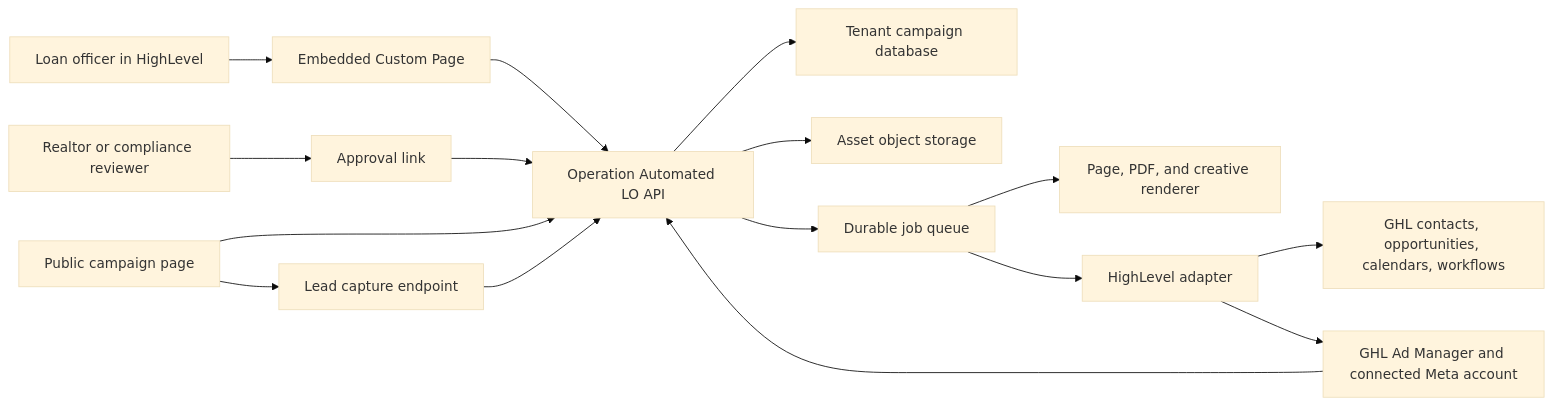
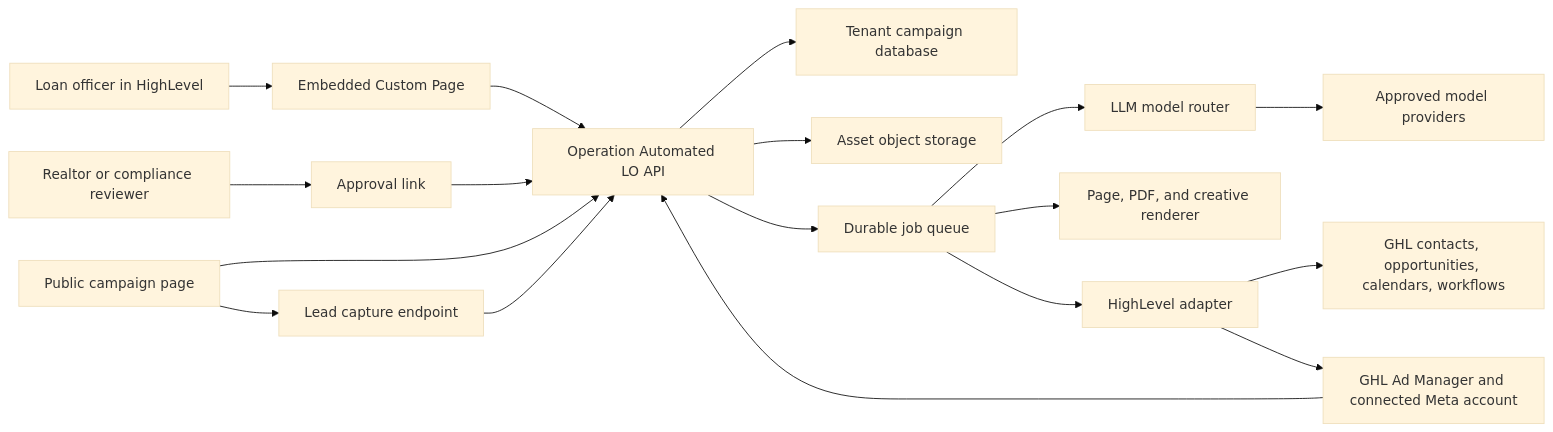
Before and after one commit to jzferrell26/operation-automated-lo: the first of 2 diagrams in library/knowledge/private/architecture/system-architecture.md, drawn with Mermaid (base theme). The commit also changed other lines of this file and 11 other files, not shown here.

````diff
--- a/library/knowledge/private/architecture/system-architecture.md
+++ b/library/knowledge/private/architecture/system-architecture.md
@@ -11,18 +11,20 @@
 ```mermaid
 flowchart LR
     LO["Loan officer in HighLevel"] --> CP["Embedded Custom Page"]
     RV["Realtor or compliance reviewer"] --> AP["Approval link"]
     CP --> API["Operation Automated LO API"]
     AP --> API
     API --> DB["Tenant campaign database"]
     API --> OBJ["Asset object storage"]
     API --> Q["Durable job queue"]
+    Q --> AI["LLM model router"]
+    AI --> LLM["Approved model providers"]
     Q --> R["Page, PDF, and creative renderer"]
     Q --> G["HighLevel adapter"]
     G --> CRM["GHL contacts, opportunities, calendars, workflows"]
     G --> ADS["GHL Ad Manager and connected Meta account"]
     PUB["Public campaign page"] --> API
     PUB --> LEAD["Lead capture endpoint"]
     LEAD --> API
     ADS --> API
 ```
````
